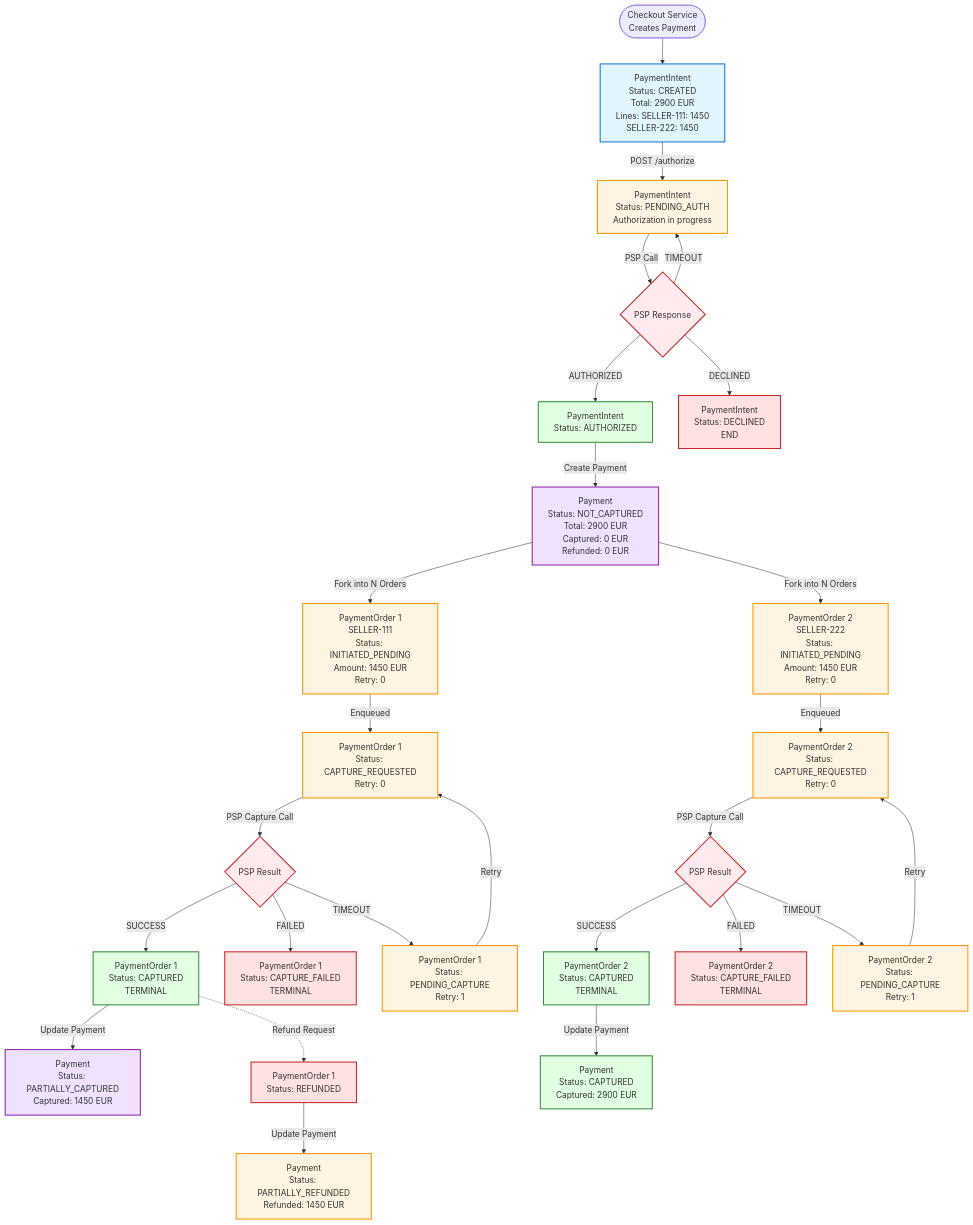
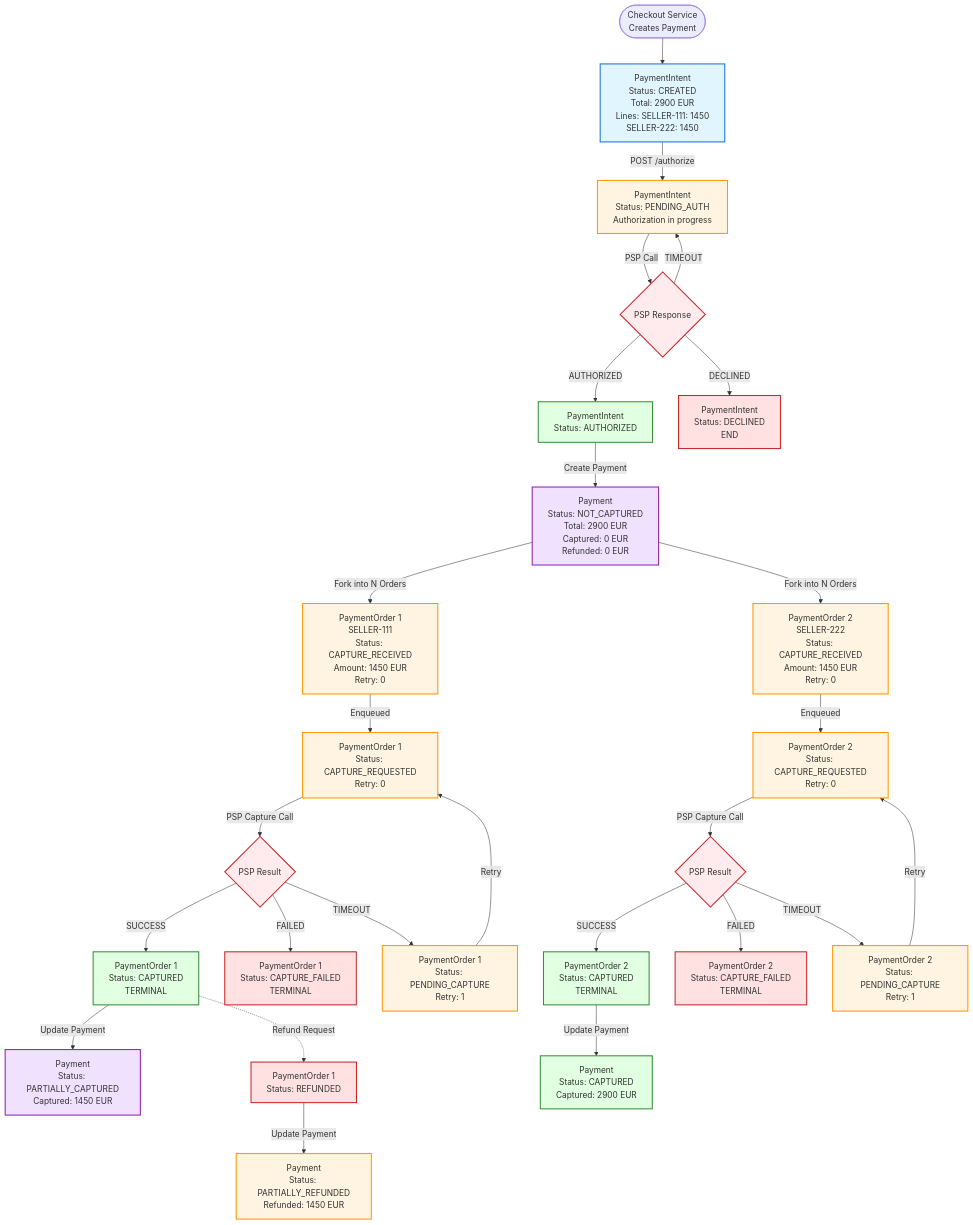
Before and after one commit to dcaglar/ecommerce-platform-kotlin: the second of 2 diagrams in README.md, drawn with Mermaid. The commit also changed 289 other files, not shown here.

````diff
--- a/README.md
+++ b/README.md
@@ -122,65 +122,65 @@
 ```mermaid
 graph TD
     Start([Checkout Service<br/>Creates Payment]) --> PI1[PaymentIntent<br/>Status: CREATED<br/>Total: 2900 EUR<br/>Lines: SELLER-111: 1450<br/>SELLER-222: 1450]
 
     PI1 -->|POST /authorize| PI2[PaymentIntent<br/>Status: PENDING_AUTH<br/>Authorization in progress]
 
     PI2 -->|PSP Call| PSP{PSP Response}
     
     PSP -->|AUTHORIZED| PI3[PaymentIntent<br/>Status: AUTHORIZED]
     PSP -->|DECLINED| PI4[PaymentIntent<br/>Status: DECLINED<br/>END]
     PSP -->|TIMEOUT| PI2
 
     PI3 -->|Create Payment| P1[Payment<br/>Status: NOT_CAPTURED<br/>Total: 2900 EUR<br/>Captured: 0 EUR<br/>Refunded: 0 EUR]
 
-    P1 -->|Fork into N Orders| PO1[PaymentOrder 1<br/>SELLER-111<br/>Status: INITIATED_PENDING<br/>Amount: 1450 EUR<br/>Retry: 0]
-    P1 -->|Fork into N Orders| PO2[PaymentOrder 2<br/>SELLER-222<br/>Status: INITIATED_PENDING<br/>Amount: 1450 EUR<br/>Retry: 0]
+    P1 -->|Fork into N Orders| PO1[PaymentOrder 1<br/>SELLER-111<br/>Status: CAPTURE_RECEIVED<br/>Amount: 1450 EUR<br/>Retry: 0]
+    P1 -->|Fork into N Orders| PO2[PaymentOrder 2<br/>SELLER-222<br/>Status: CAPTURE_RECEIVED<br/>Amount: 1450 EUR<br/>Retry: 0]
 
     %% PaymentOrder 1 State Machine
     PO1 -->|Enqueued| PO1A[PaymentOrder 1<br/>Status: CAPTURE_REQUESTED<br/>Retry: 0]
     PO1A -->|PSP Capture Call| PSP1{PSP Result}
     PSP1 -->|SUCCESS| PO1B[PaymentOrder 1<br/>Status: CAPTURED<br/>TERMINAL]
     PSP1 -->|FAILED| PO1C[PaymentOrder 1<br/>Status: CAPTURE_FAILED<br/>TERMINAL]
     PSP1 -->|TIMEOUT| PO1D[PaymentOrder 1<br/>Status: PENDING_CAPTURE<br/>Retry: 1]
     PO1D -->|Retry| PO1A
 
     %% PaymentOrder 2 State Machine
     PO2 -->|Enqueued| PO2A[PaymentOrder 2<br/>Status: CAPTURE_REQUESTED<br/>Retry: 0]
     PO2A -->|PSP Capture Call| PSP2{PSP Result}
     PSP2 -->|SUCCESS| PO2B[PaymentOrder 2<br/>Status: CAPTURED<br/>TERMINAL]
     PSP2 -->|FAILED| PO2C[PaymentOrder 2<br/>Status: CAPTURE_FAILED<br/>TERMINAL]
     PSP2 -->|TIMEOUT| PO2D[PaymentOrder 2<br/>Status: PENDING_CAPTURE<br/>Retry: 1]
     PO2D -->|Retry| PO2A
 
     %% Payment Status Updates
     PO1B -->|Update Payment| P2[Payment<br/>Status: PARTIALLY_CAPTURED<br/>Captured: 1450 EUR]
     PO2B -->|Update Payment| P3[Payment<br/>Status: CAPTURED<br/>Captured: 2900 EUR]
 
     %% Refund Flow (optional)
     PO1B -.->|Refund Request| PO1E[PaymentOrder 1<br/>Status: REFUNDED]
     PO1E -->|Update Payment| P4[Payment<br/>Status: PARTIALLY_REFUNDED<br/>Refunded: 1450 EUR]
 
     %% Styling
     style PI1 fill:#e1f5ff,stroke:#1976D2,stroke-width:2px
     style PI2 fill:#fff4e1,stroke:#FF9800,stroke-width:2px
     style PI3 fill:#e1ffe1,stroke:#388E3C,stroke-width:2px
     style PI4 fill:#ffe1e1,stroke:#C62828,stroke-width:2px
     style P1 fill:#f0e1ff,stroke:#8E24AA,stroke-width:2px
     style P2 fill:#f0e1ff,stroke:#8E24AA,stroke-width:2px
     style P3 fill:#e1ffe1,stroke:#388E3C,stroke-width:2px
     style P4 fill:#fff4e1,stroke:#FF9800,stroke-width:2px
     style PO1 fill:#fff4e1,stroke:#FF9800,stroke-width:2px
     style PO1A fill:#fff4e1,stroke:#FF9800,stroke-width:2px
     style PO1B fill:#e1ffe1,stroke:#388E3C,stroke-width:2px
     style PO1C fill:#ffe1e1,stroke:#C62828,stroke-width:2px
     style PO1D fill:#fff4e1,stroke:#FF9800,stroke-width:2px
     style PO1E fill:#ffe1e1,stroke:#C62828,stroke-width:2px
     style PO2 fill:#fff4e1,stroke:#FF9800,stroke-width:2px
     style PO2A fill:#fff4e1,stroke:#FF9800,stroke-width:2px
     style PO2B fill:#e1ffe1,stroke:#388E3C,stroke-width:2px
     style PO2C fill:#ffe1e1,stroke:#C62828,stroke-width:2px
     style PO2D fill:#fff4e1,stroke:#FF9800,stroke-width:2px
     style PSP fill:#ffebee,stroke:#C62828,stroke-width:2px
     style PSP1 fill:#ffebee,stroke:#C62828,stroke-width:2px
     style PSP2 fill:#ffebee,stroke:#C62828,stroke-width:2px
 ```
````
